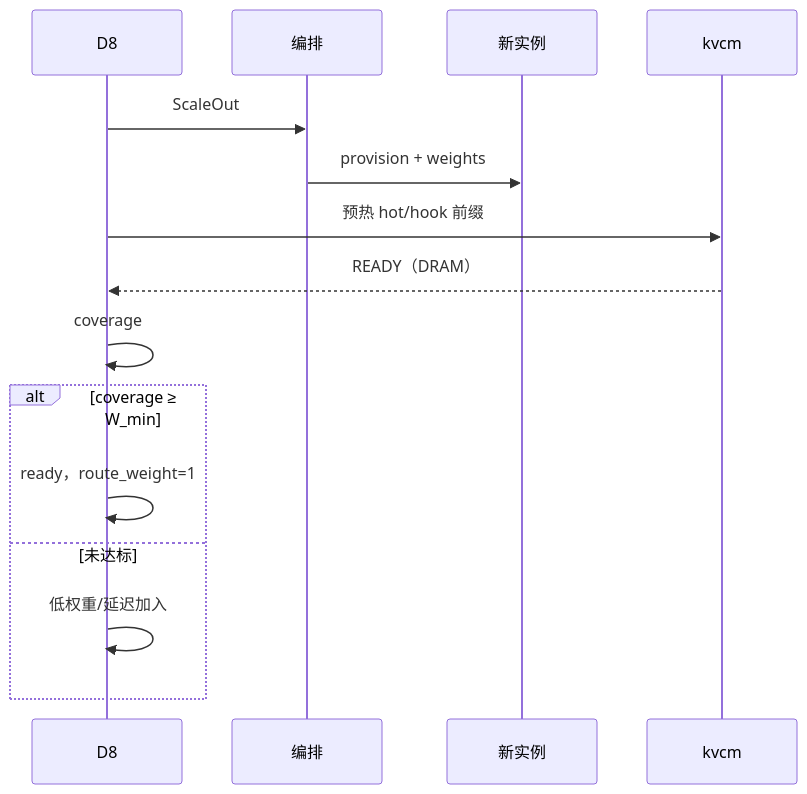
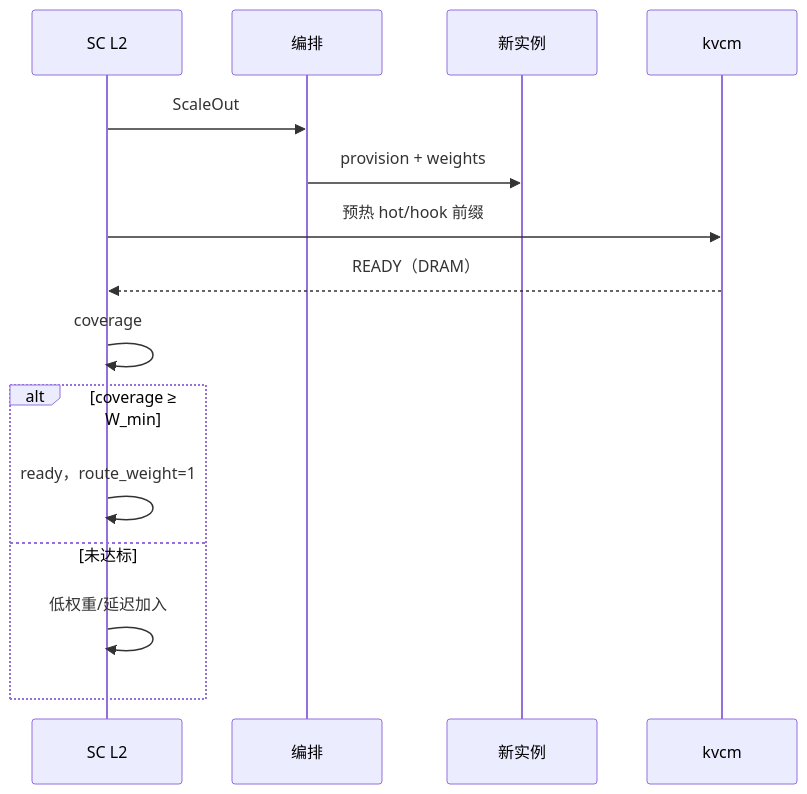
One commit to 5x8-40/lake changed the sixth of 7 diagrams in kvcm/design/D8a-scheduling-algorithms.md. Above: the diagram before and after it, drawn with Mermaid. The commit also changed other lines of this file, not shown here.

First line of the commit message:
docs(kvcm): D8a 补防驱逐、简化缩容、定义 KV 价值、修流程图

````diff
--- a/kvcm/design/D8a-scheduling-algorithms.md
+++ b/kvcm/design/D8a-scheduling-algorithms.md
@@ -458,17 +460,17 @@
 ```mermaid
 sequenceDiagram
-    participant L2 as D8
+    participant L2 as SC L2
     participant O as 编排
     participant N as 新实例
     participant K as kvcm
     L2->>O: ScaleOut
     O->>N: provision + weights
     L2->>K: 预热 hot/hook 前缀
     K-->>L2: READY（DRAM）
     L2->>L2: coverage
     alt coverage ≥ W_min
         L2->>L2: ready，route_weight=1
     else 未达标
         L2->>L2: 低权重/延迟加入
     end
 ```
````
